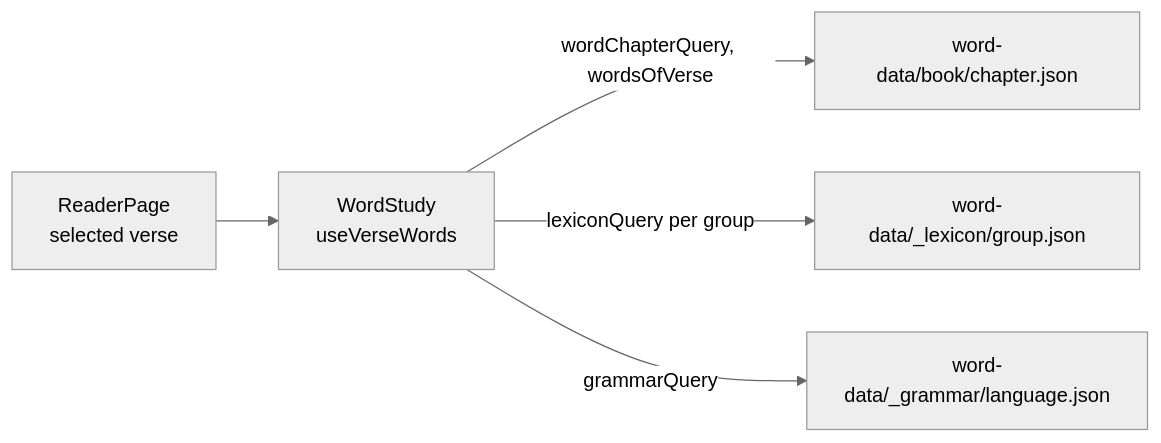
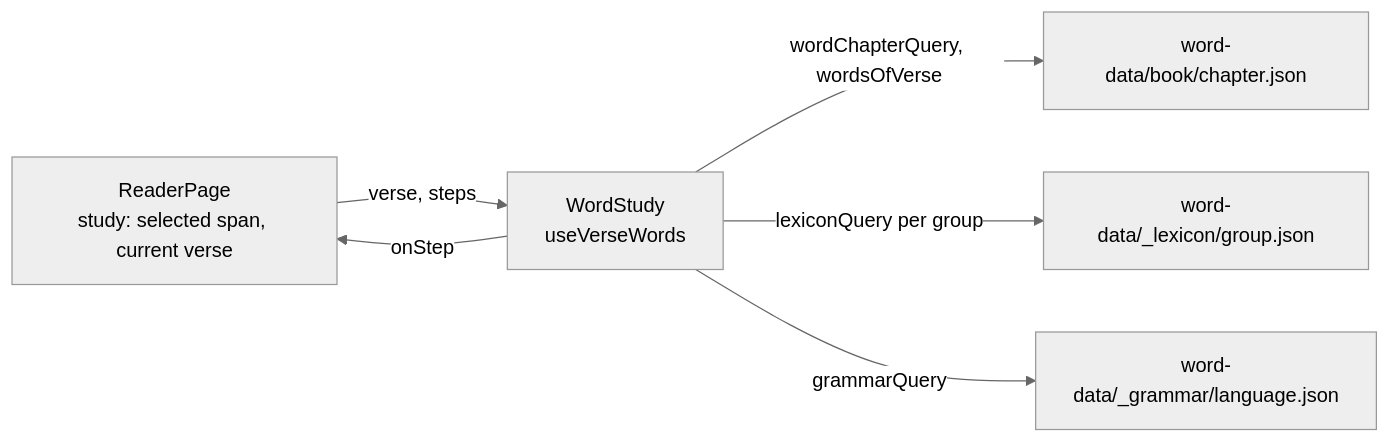
Before and after one commit to Valiance-Studios/bible-center: diagram 16 of 21 in ARCHITECTURE.md, drawn with Mermaid (neutral theme). The commit also changed other lines of this file and 11 other files, not shown here.

First line of the commit message:
Keep the word panel in view, and step through selected verses (#16)

````diff
--- a/ARCHITECTURE.md
+++ b/ARCHITECTURE.md
@@ -577,7 +577,8 @@
 ```mermaid
 flowchart LR
-  reader["ReaderPage<br/>selected verse"] --> panel["WordStudy<br/>useVerseWords"]
+  reader["ReaderPage<br/>study: selected span, current verse"] -- "verse, steps" --> panel["WordStudy<br/>useVerseWords"]
+  panel -- "onStep" --> reader
   panel -- "wordChapterQuery, wordsOfVerse" --> chapters["word-data/book/chapter.json"]
   panel -- "lexiconQuery per group" --> lexicon["word-data/_lexicon/group.json"]
   panel -- "grammarQuery" --> grammar["word-data/_grammar/language.json"]
 ```
````
